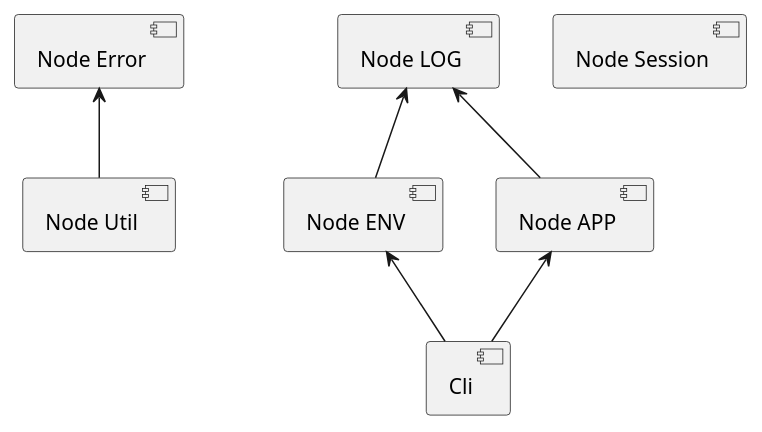
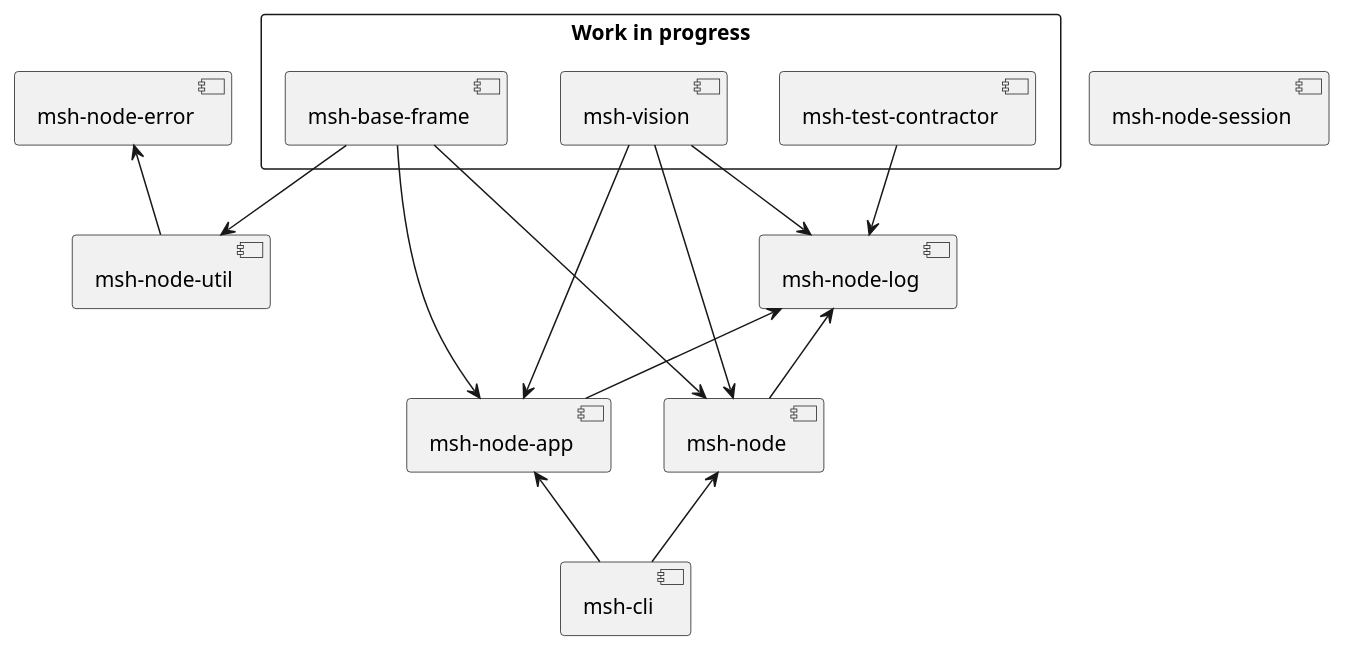
Before and after one commit to beecode-rs/msh: the diagram in resource/diagram/project-rlation.puml, drawn with PlantUML. The commit also changed 2 other files, not shown here.

```diff
--- a/resource/diagram/project-rlation.puml
+++ b/resource/diagram/project-rlation.puml
@@ -1,23 +1,38 @@
 @startuml
 
-[Cli] as cli
-[Node APP] as node_app
-[Node ENV] as node_env
-[Node Error] as node_error
-[Node LOG] as node_log
-[Node Session] as node_session
-[Node Util] as node_util
+rectangle "Work in progress" {
+  [msh-base-frame] as base_frame
+  [msh-vision] as vision
+  [msh-test-contractor] as test_contractor
+}
+
+[msh-cli] as cli
+[msh-node-app] as node_app
+[msh-node] as node_env
+[msh-node-error] as node_error
+[msh-node-log] as node_log
+[msh-node-session] as node_session
+[msh-node-util] as node_util
 
 cli -up-> node_app
 cli -up-> node_env
 
 node_app -up-> node_log
 
 node_env -up-> node_log
 
 node_util -up-> node_error
 
+vision --> node_app
+vision --> node_env
+vision --> node_log
+
+test_contractor --> node_log
+
+base_frame --> node_app
+base_frame --> node_env
+base_frame --> node_util
 
 
 
 @enduml
```
